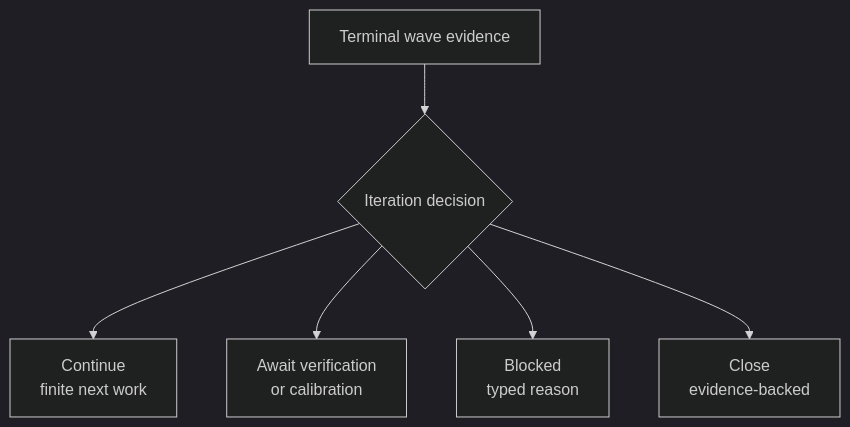
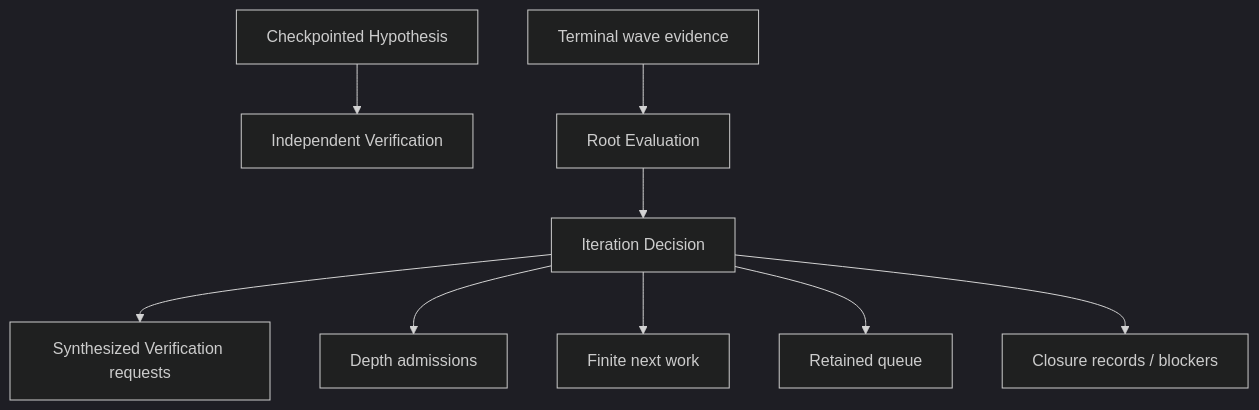
Before and after one commit to momoponwork1415-lgtm/wordpress-harness: the fourth of 4 diagrams in docs/design/campaign-execution-seam.md, drawn with Mermaid (dark theme). The commit also changed other lines of this file and 100 other files, not shown here.

````diff
--- a/docs/design/campaign-execution-seam.md
+++ b/docs/design/campaign-execution-seam.md
@@ -102,8 +163,10 @@
 ```mermaid
 flowchart TB
-    evidence["Terminal wave evidence"] --> decision{"Iteration decision"}
-    decision --> continue["Continue<br/>finite next work"]
-    decision --> verify["Await verification<br/>or calibration"]
-    decision --> blocked["Blocked<br/>typed reason"]
-    decision --> close["Close<br/>evidence-backed"]
+    checkpoint["Checkpointed Hypothesis"] --> verify["Independent Verification"]
+    evidence["Terminal wave evidence"] --> evaluation["Root Evaluation"] --> decision["Iteration Decision"]
+    decision --> verify2["Synthesized Verification requests"]
+    decision --> depth["Depth admissions"]
+    decision --> continue["Finite next work"]
+    decision --> retain["Retained queue"]
+    decision --> terminal["Closure records / blockers"]
 ```
````
